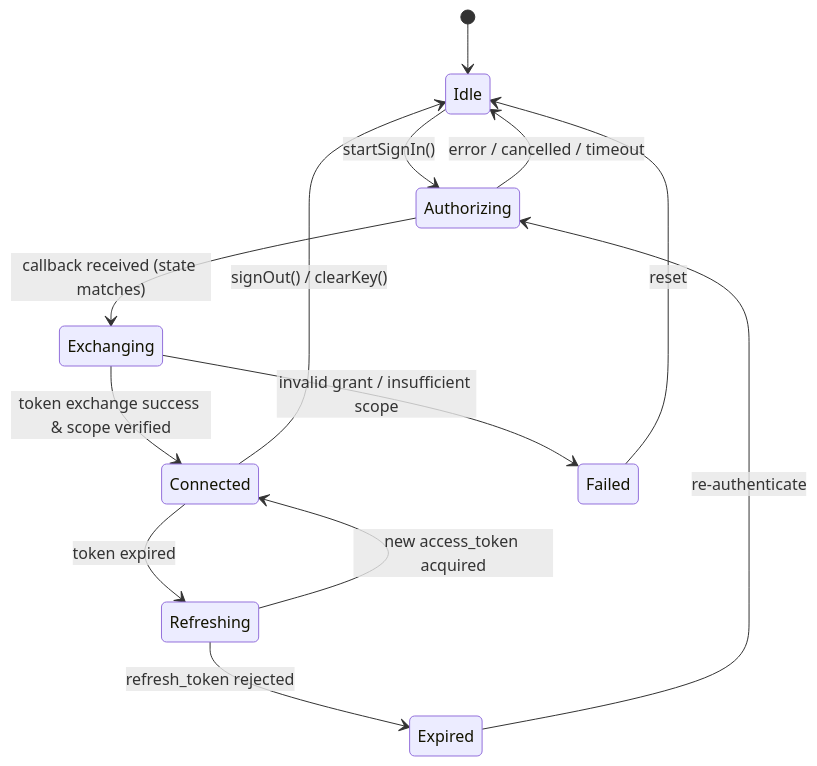
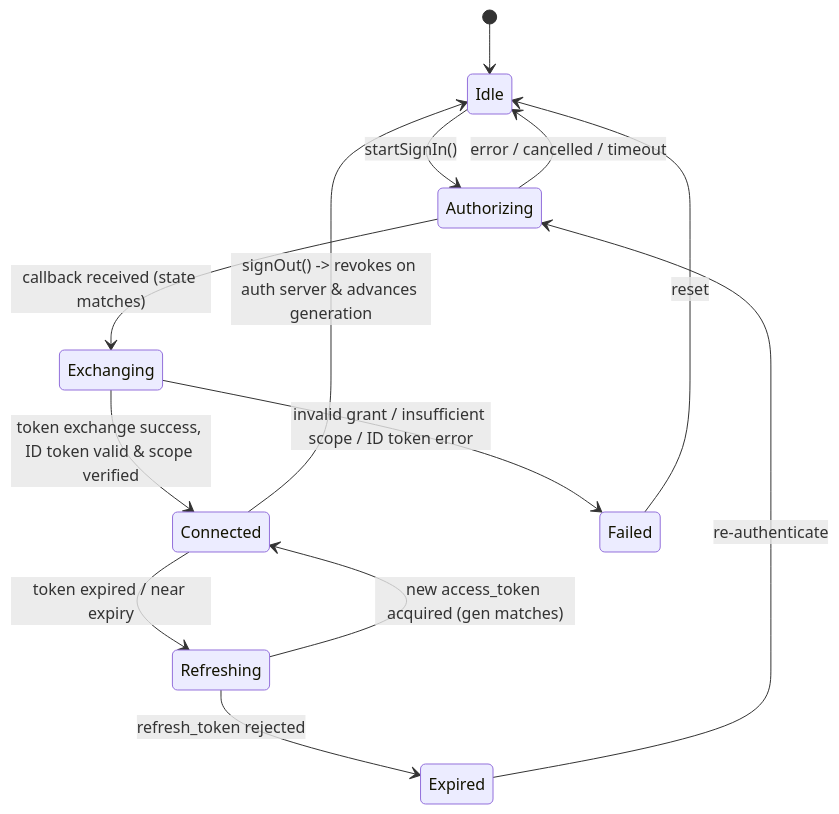
Before and after one commit to protonspy/harness-for-rea: the second of 2 diagrams in specs/chatgpt-auth/design.md, drawn with Mermaid. The commit also changed other lines of this file and 11 other files, not shown here.

Commit message:
fix(chatgpt-auth): resolve code review findings on endpoints, id token, responses streaming and host wiring

````diff
--- a/specs/chatgpt-auth/design.md
+++ b/specs/chatgpt-auth/design.md
@@ -38,15 +39,15 @@
 ```mermaid
 stateDiagram-v2
     [*] --> Idle
     Idle --> Authorizing: startSignIn()
     Authorizing --> Exchanging: callback received (state matches)
     Authorizing --> Idle: error / cancelled / timeout
-    Exchanging --> Connected: token exchange success & scope verified
-    Exchanging --> Failed: invalid grant / insufficient scope
+    Exchanging --> Connected: token exchange success, ID token valid & scope verified
+    Exchanging --> Failed: invalid grant / insufficient scope / ID token error
     Failed --> Idle: reset
-    Connected --> Refreshing: token expired
-    Refreshing --> Connected: new access_token acquired
+    Connected --> Refreshing: token expired / near expiry
+    Refreshing --> Connected: new access_token acquired (gen matches)
     Refreshing --> Expired: refresh_token rejected
     Expired --> Authorizing: re-authenticate
-    Connected --> Idle: signOut() / clearKey()
+    Connected --> Idle: signOut() -> revokes on auth server & advances generation
 ```
````
